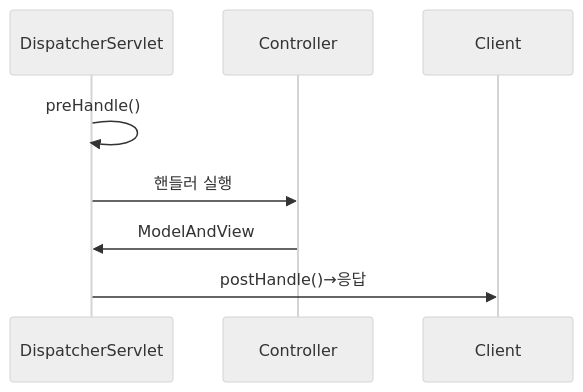
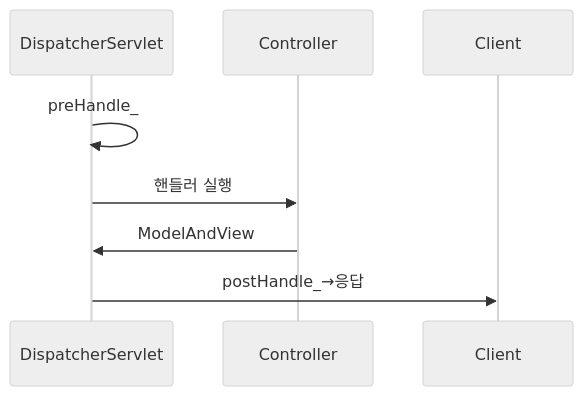
The third of 8 diagrams in _posts/spring/2026-05-02-spring-interceptor.md (yjkim2015/yjkim2015.github.io), drawn with Mermaid (neutral theme) before and after one commit. The commit also changed other lines of this file and 85 other files, not shown here.

First line of the commit message:
sequenceDiagram 문법 에러 2차 수정 169개 (86파일)

````diff
--- a/_posts/spring/2026-05-02-spring-interceptor.md
+++ b/_posts/spring/2026-05-02-spring-interceptor.md
@@ -320,7 +320,7 @@
 ```mermaid
 sequenceDiagram
-    DispatcherServlet->>DispatcherServlet: preHandle()
+    DispatcherServlet->>DispatcherServlet: preHandle_
     DispatcherServlet->>Controller: 핸들러 실행
     Controller->>DispatcherServlet: ModelAndView
-    DispatcherServlet->>Client: postHandle()→응답
+    DispatcherServlet->>Client: postHandle_→응답
 ```
````
